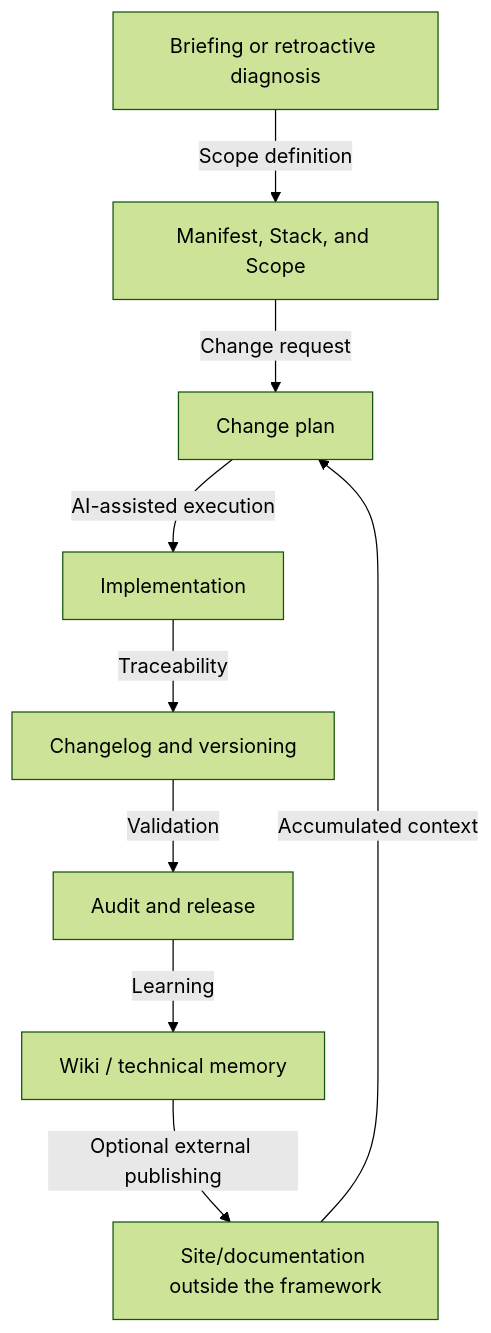
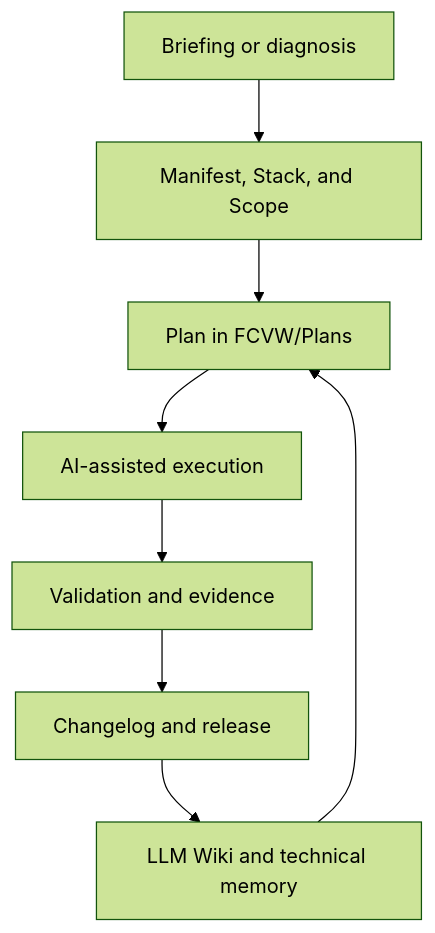
One commit to Sistema2D/FrameCode-VibeWork changed the fourth of 6 diagrams in README.md. Above: the diagram before and after it, drawn with Mermaid (forest theme). The commit also changed other lines of this file, not shown here.

````diff
--- a/README.md
+++ b/README.md
@@ -170,11 +116,10 @@
 ```mermaid
-graph TD
-    A["Briefing or retroactive diagnosis"] -->|"Scope definition"| B["Manifest, Stack, and Scope"]
-    B -->|"Change request"| C["Change plan"]
-    C -->|"AI-assisted execution"| D["Implementation"]
-    D -->|"Traceability"| E["Changelog and versioning"]
-    E -->|"Validation"| F["Audit and release"]
-    F -->|"Learning"| G["Wiki / technical memory"]
-    G -->|"Optional external publishing"| H["Site/documentation outside the framework"]
-    H -->|"Accumulated context"| C
+flowchart TD
+    A["Briefing or diagnosis"] --> B["Manifest, Stack, and Scope"]
+    B --> C["Plan in FCVW/Plans"]
+    C --> D["AI-assisted execution"]
+    D --> E["Validation and evidence"]
+    E --> F["Changelog and release"]
+    F --> G["LLM Wiki and technical memory"]
+    G --> C
 ```
````
